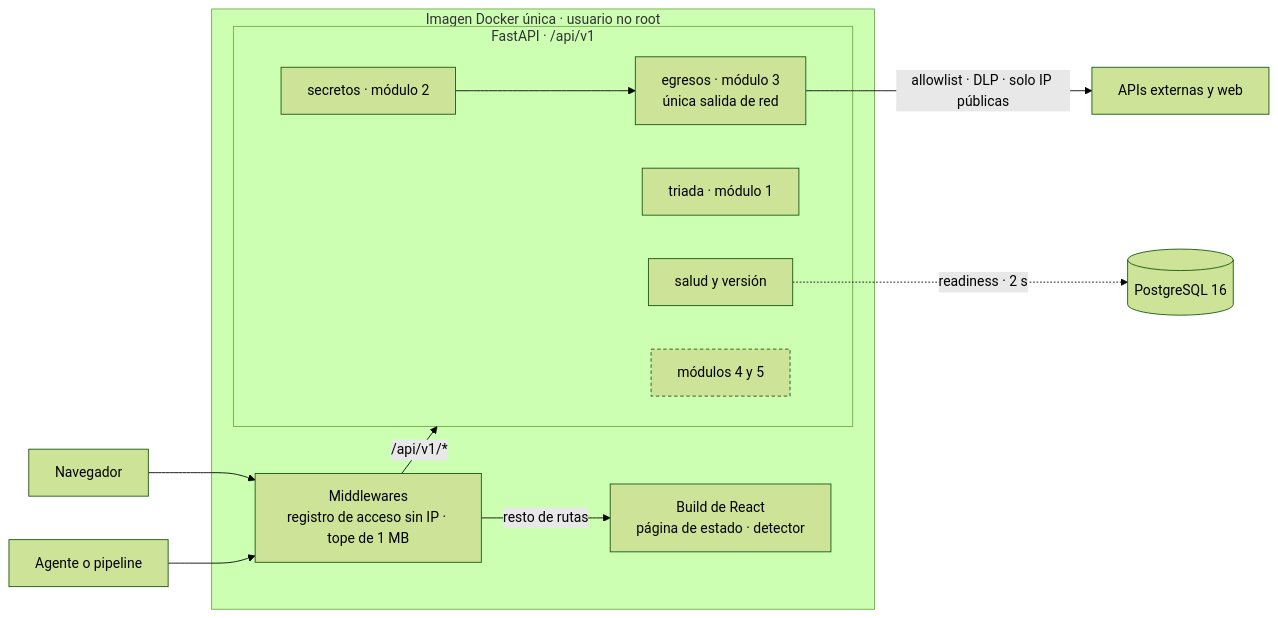
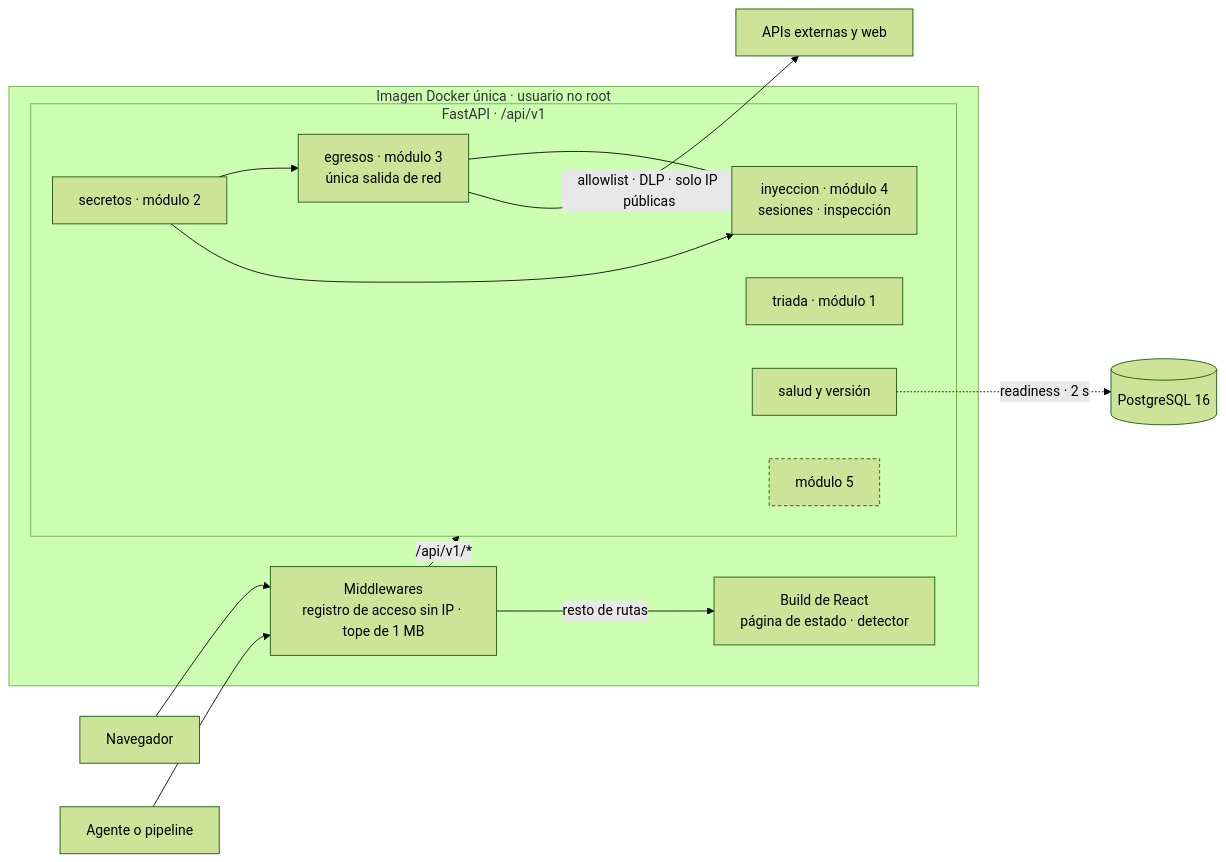
One commit to Alex-mk2/AgentGuard changed the third of 8 diagrams in README.md. Above: the diagram before and after it, drawn with Mermaid (forest theme). The commit also changed other lines of this file and 39 other files, not shown here.

````diff
--- a/README.md
+++ b/README.md
@@ -67,25 +68,28 @@
 ```mermaid
 flowchart LR
     N["Navegador"] --> MW
     C["Agente o pipeline"] --> MW
 
     subgraph IMG["Imagen Docker única · usuario no root"]
         MW["Middlewares<br/>registro de acceso sin IP · tope de 1 MB"]
         MW -->|"/api/v1/*"| API
         MW -->|"resto de rutas"| WEB["Build de React<br/>página de estado · detector"]
         subgraph API["FastAPI · /api/v1"]
             S["salud y versión"]
             T["triada · módulo 1"]
             B["secretos · módulo 2"]
             E["egresos · módulo 3<br/>única salida de red"]
-            F["módulos 4 y 5"]
+            I["inyeccion · módulo 4<br/>sesiones · inspección"]
+            F["módulo 5"]
         end
     end
 
     S -.->|"readiness · 2 s"| DB[("PostgreSQL 16")]
     B --> E
+    B --> I
+    E --> I
     E -->|"allowlist · DLP · solo IP públicas"| X["APIs externas y web"]
 
     classDef pendiente stroke-dasharray: 4 3
     class F pendiente
 ```
````
